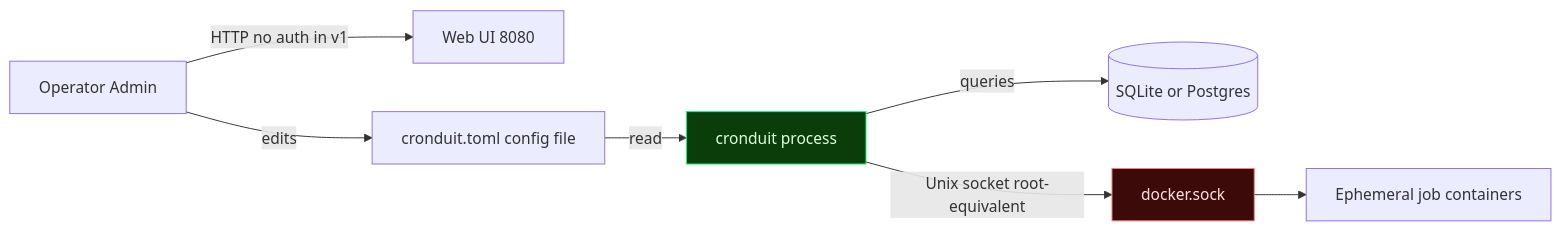
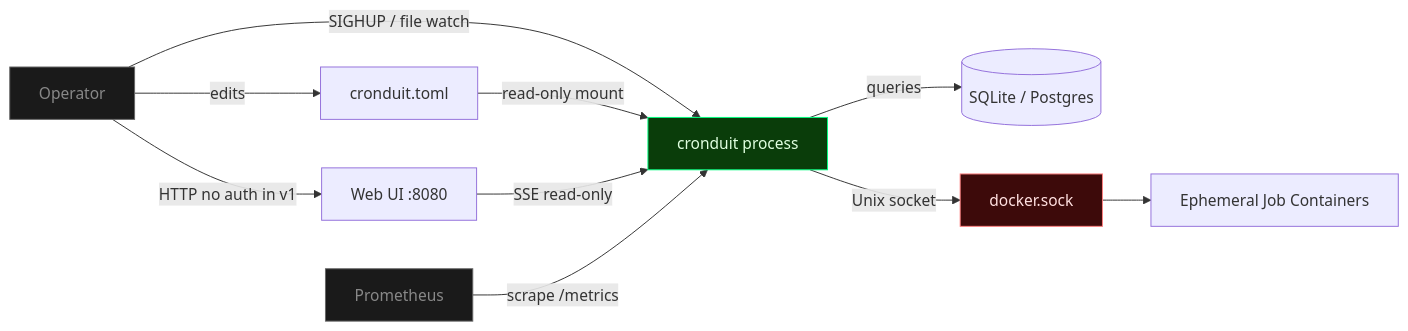
The first of 2 diagrams in THREAT_MODEL.md (SimplicityGuy/cronduit), drawn with Mermaid before and after one commit. The commit also changed other lines of this file and 55 other files, not shown here.

````diff
--- a/THREAT_MODEL.md
+++ b/THREAT_MODEL.md
@@ -12,14 +10,19 @@
 ```mermaid
 flowchart LR
-    O[Operator Admin] -->|HTTP no auth in v1| W[Web UI 8080]
-    O -->|edits| C[cronduit.toml config file]
-    C -->|read| R[cronduit process]
-    R -->|queries| D[(SQLite or Postgres)]
-    R -->|Unix socket root-equivalent| S[docker.sock]
-    S --> E[Ephemeral job containers]
+    O[Operator] -->|HTTP no auth in v1| W[Web UI :8080]
+    O -->|edits| C[cronduit.toml]
+    O -->|SIGHUP / file watch| R[cronduit process]
+    C -->|read-only mount| R
+    R -->|queries| D[(SQLite / Postgres)]
+    R -->|Unix socket| S[docker.sock]
+    S --> E[Ephemeral Job Containers]
+    W -->|SSE read-only| R
+    PROM[Prometheus] -->|scrape /metrics| R
 
     classDef trusted fill:#0a3d0a,stroke:#00ff7f,color:#e0ffe0
     classDef critical fill:#3d0a0a,stroke:#ff7f7f,color:#ffe0e0
+    classDef external fill:#1a1a1a,stroke:#666,color:#888
     class R trusted
     class S critical
+    class O,PROM external
 ```
````
